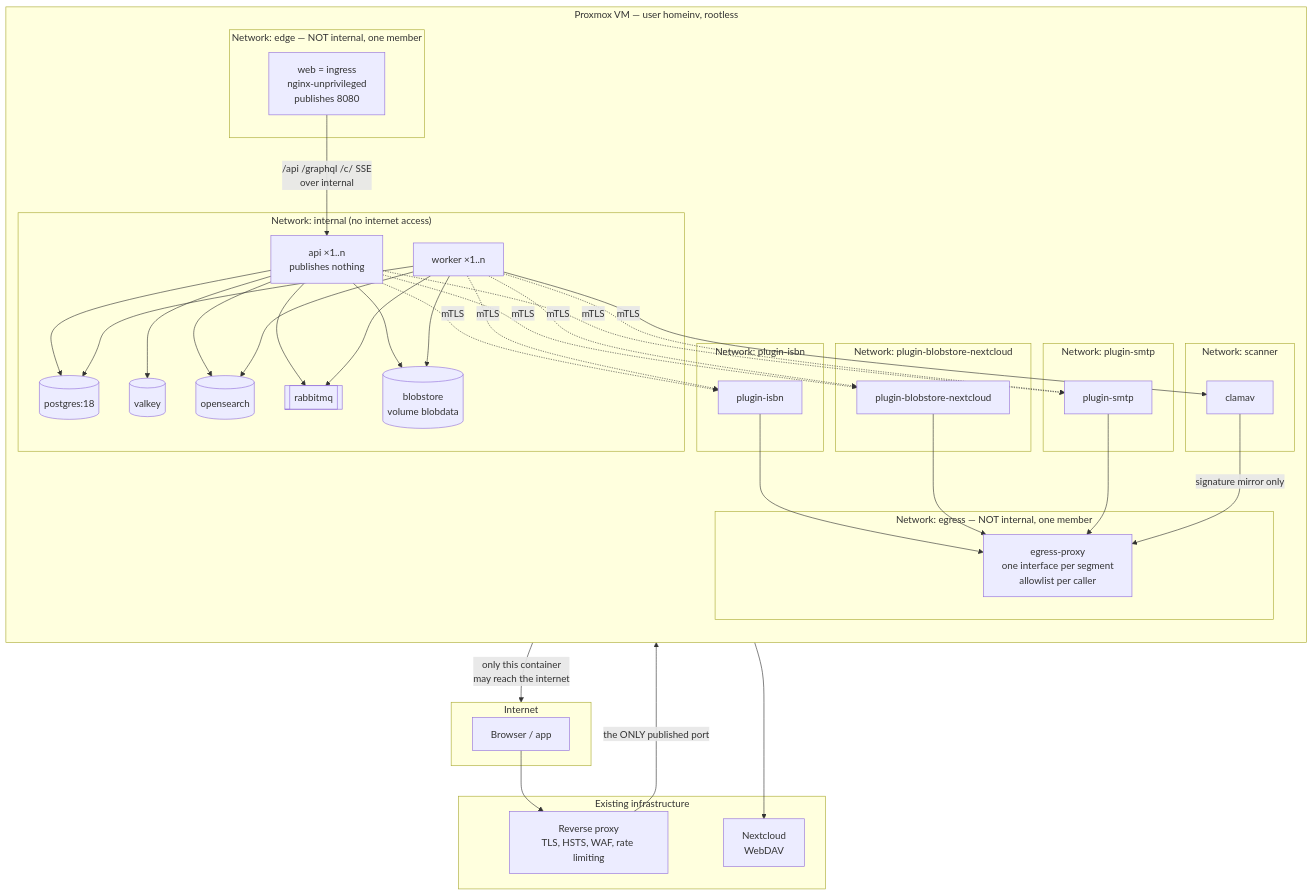
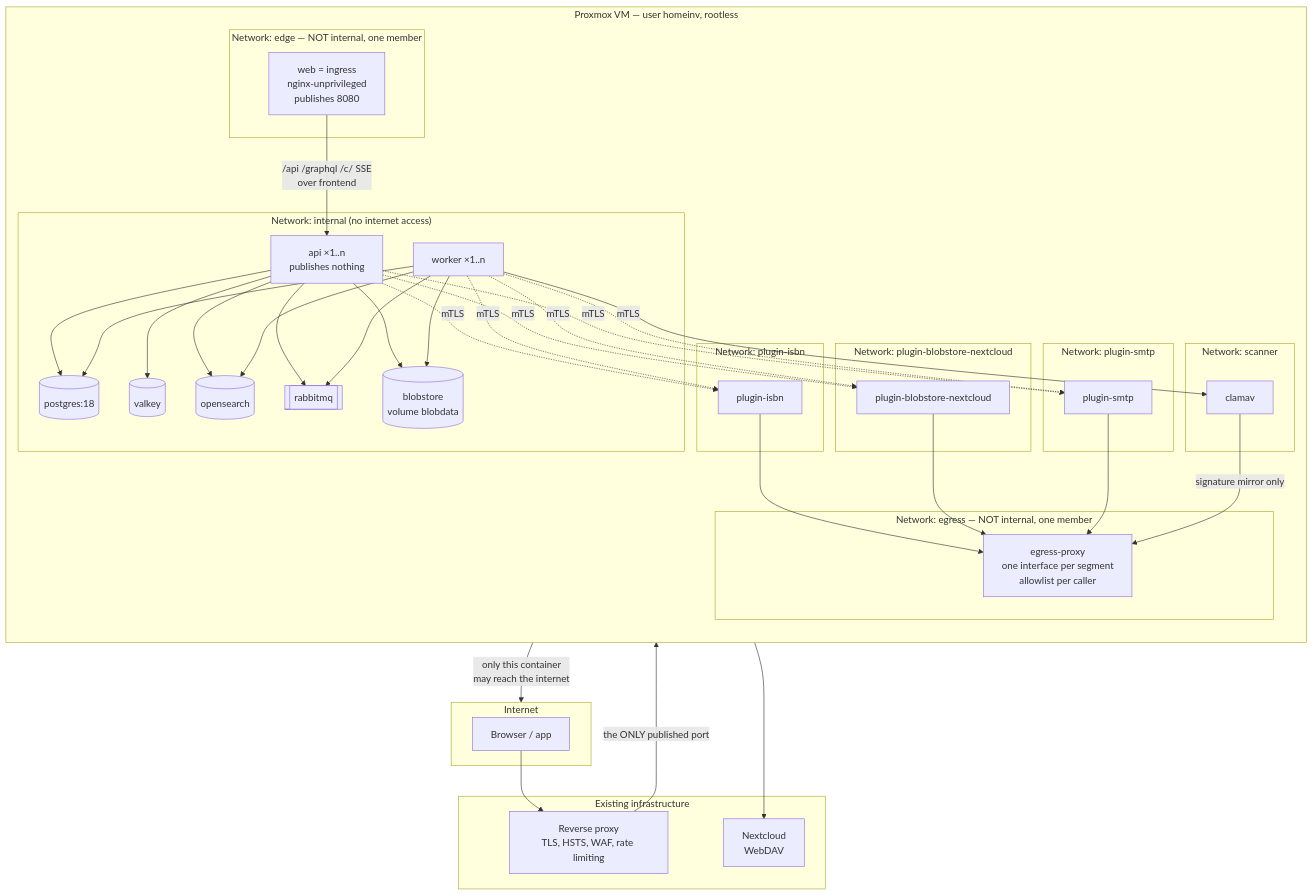
One commit to greluc/Home-Inventory changed the second of 2 diagrams in docs/architecture/06-deployment-view.md. Above: the diagram before and after it, drawn with Mermaid. The commit also changed other lines of this file and 156 other files, not shown here.

````diff
--- a/docs/architecture/06-deployment-view.md
+++ b/docs/architecture/06-deployment-view.md
@@ -555,51 +579,51 @@
 ```mermaid
 graph TB
     subgraph Internet
         BR["Browser / app"]
     end
     subgraph "Existing infrastructure"
         RP["Reverse proxy<br/>TLS, HSTS, WAF, rate limiting"]
         NC["Nextcloud<br/>WebDAV"]
     end
     subgraph VM["Proxmox VM — user homeinv, rootless"]
         direction TB
         subgraph netEdge["Network: edge — NOT internal, one member"]
             WEB["web = ingress<br/>nginx-unprivileged<br/>publishes 8080"]
         end
         subgraph netInt["Network: internal (no internet access)"]
             APP["api ×1..n<br/>publishes nothing"]
             WRK["worker ×1..n"]
             PG[("postgres:18")]
             OS[("opensearch")]
             MQ[["rabbitmq"]]
             KV[("valkey")]
             BS[("blobstore<br/>volume blobdata")]
         end
         subgraph netScan["Network: scanner"]
             CAV["clamav"]
         end
         subgraph netP1["Network: plugin-isbn"]
             PH1["plugin-isbn"]
         end
         subgraph netP2["Network: plugin-blobstore-nextcloud"]
             PH2["plugin-blobstore-nextcloud"]
         end
         subgraph netP3["Network: plugin-smtp"]
             PH3["plugin-smtp"]
         end
         subgraph netEgr["Network: egress — NOT internal, one member"]
             EGP["egress-proxy<br/>one interface per segment<br/>allowlist per caller"]
         end
     end
     BR --> RP
     RP -->|"the ONLY published port"| WEB
-    WEB -->|"/api /graphql /c/ SSE<br/>over internal"| APP
+    WEB -->|"/api /graphql /c/ SSE<br/>over frontend"| APP
     APP --> PG & KV & OS & MQ & BS
     WRK --> PG & OS & MQ & CAV & BS
     APP -.->|mTLS| PH1 & PH2 & PH3
     WRK -.->|mTLS| PH1 & PH2 & PH3
     PH1 & PH2 & PH3 --> EGP
     CAV -->|signature mirror only| EGP
     EGP -->|only this container<br/>may reach the internet| Internet
     EGP --> NC
 ```
````
